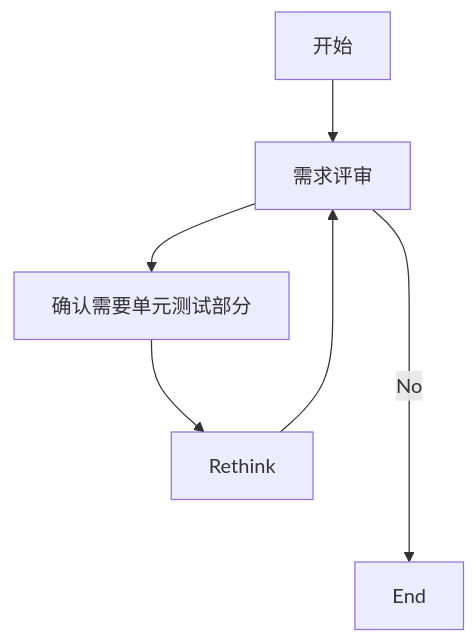
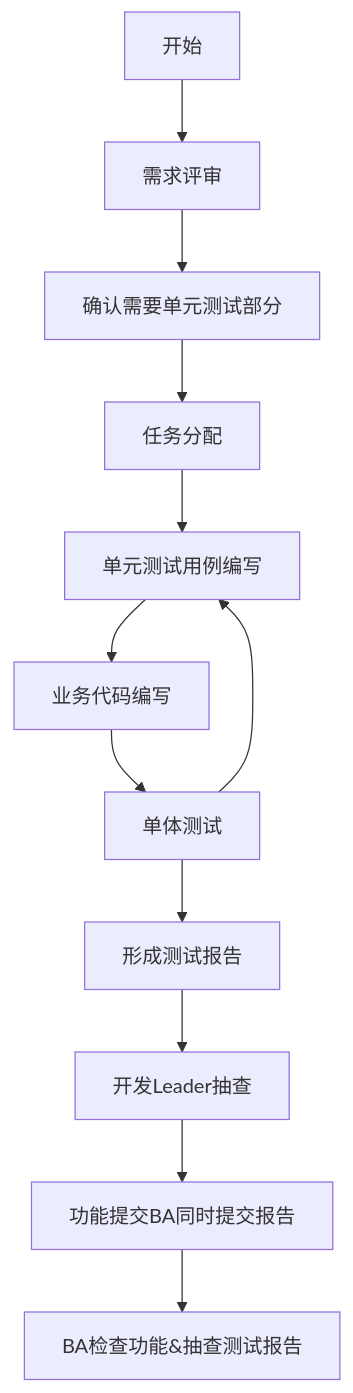
One commit to yingjialong/ObPublish changed the diagram in src/site/notes/卡片盒/单元测试流程.md. Above: the diagram before and after it, drawn with Mermaid. The commit also changed other lines of this file, not shown here.

Commit message:
Update note 卡片盒/单元测试流程.md

````diff
--- a/src/site/notes/卡片盒/单元测试流程.md
+++ b/src/site/notes/卡片盒/单元测试流程.md
@@ -6,8 +6,14 @@
 ```mermaid
-flowchart TD  
-    A[开始] --> B[需求评审]  
-    B --> C[确认需要单元测试部分] 
-    C --> D[Rethink]  
-    D --> B  
-    B -- No ----> E[End]
+flowchart TD
+A[开始]-->B[需求评审]
+B-->C[确认需要单元测试部分]
+C-->D[任务分配]
+D-->E[单元测试用例编写]
+E-->F[业务代码编写]
+F-->TEST[单体测试]
+TEST-->E
+TEST-->G[形成测试报告]
+G-->H[开发Leader抽查]
+H-->REPORTTOBA[功能提交BA同时提交报告]
+REPORTTOBA-->I[BA检查功能&抽查测试报告]
 ```
````
